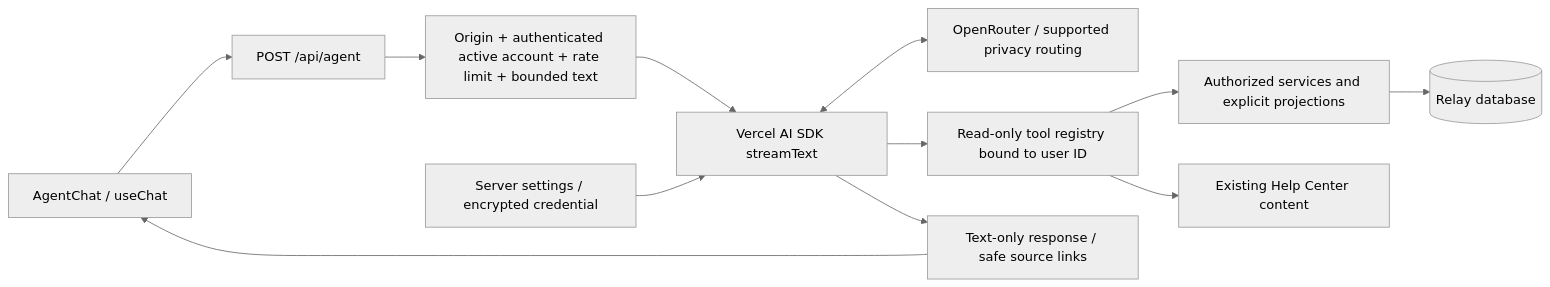
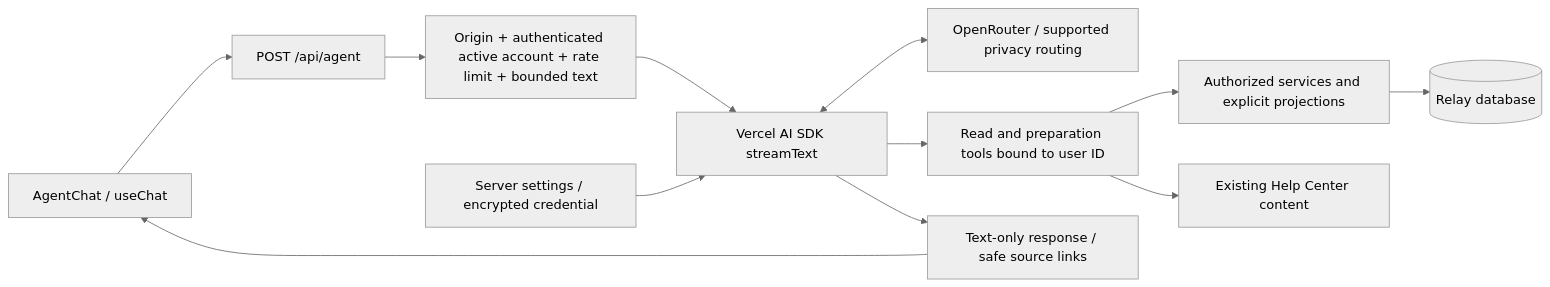
Before and after one commit to vn-aj-vngrd/relay: the diagram in docs/agent/README.md, drawn with Mermaid (neutral theme). The commit also changed other lines of this file and 66 other files, not shown here.

````diff
--- a/docs/agent/README.md
+++ b/docs/agent/README.md
@@ -18,14 +18,14 @@
 ```mermaid
 flowchart LR
   UI[AgentChat / useChat] --> API[POST /api/agent]
   API --> Guard[Origin + authenticated active account + rate limit + bounded text]
   Guard --> SDK[Vercel AI SDK streamText]
   Config[Server settings / encrypted credential] --> SDK
   SDK <--> OR[OpenRouter / supported privacy routing]
-  SDK --> Tools[Read-only tool registry bound to user ID]
+  SDK --> Tools[Read and preparation tools bound to user ID]
   Tools --> Reads[Authorized services and explicit projections]
   Tools --> Help[Existing Help Center content]
   Reads --> DB[(Relay database)]
   SDK --> Text[Text-only response / safe source links]
   Text --> UI
 ```
````
